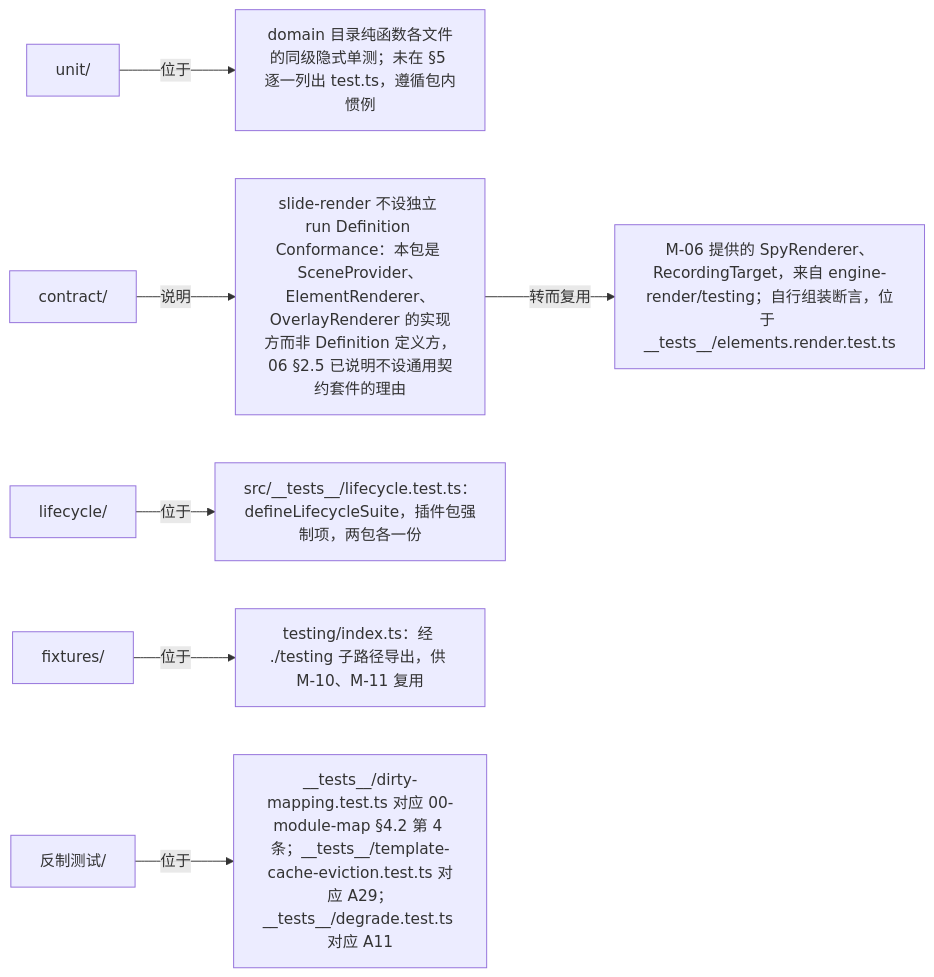
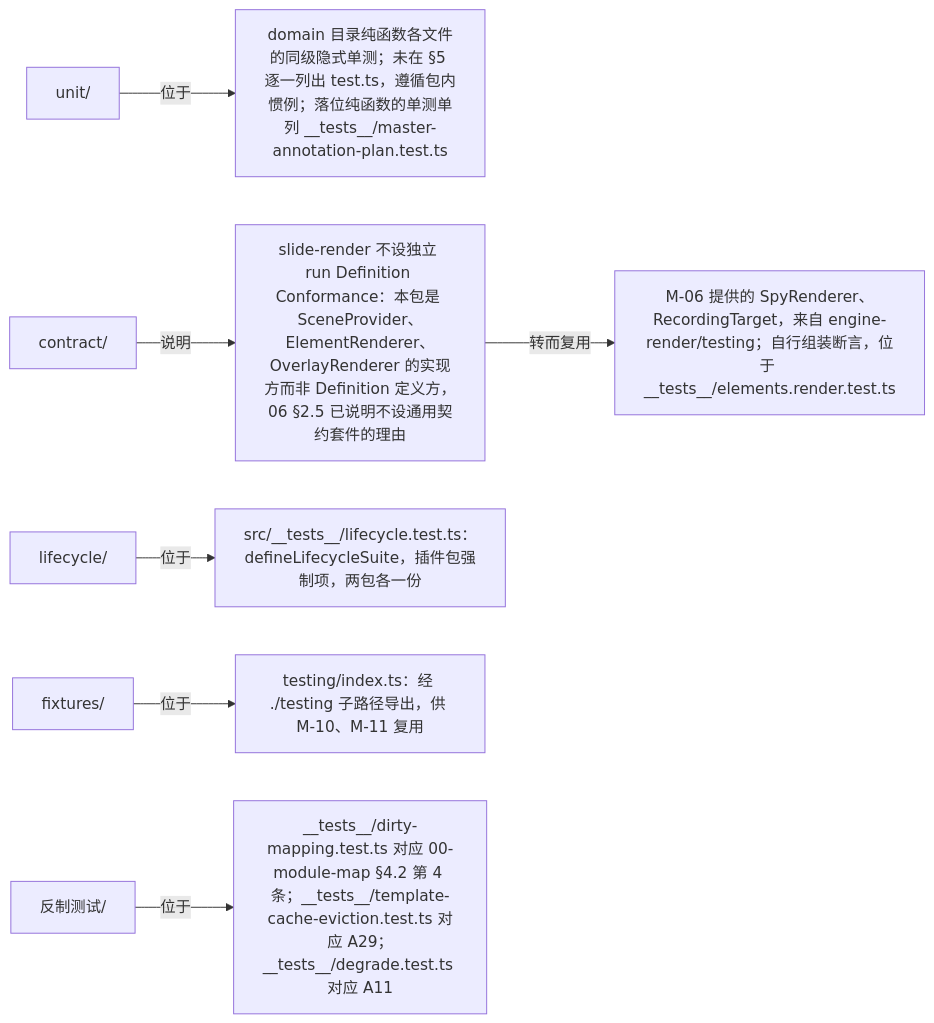
Diagram 12 of 12 in docs/40-modules/07-slide-rendering.md (Xeonice/cordis-ppt-editor), drawn with Mermaid before and after one commit. The commit also changed other lines of this file and 43 other files, not shown here.

````diff
--- a/docs/40-modules/07-slide-rendering.md
+++ b/docs/40-modules/07-slide-rendering.md
@@ -993,9 +1003,9 @@
 ```mermaid
 flowchart LR
-    unit["unit/"] -- "位于" --> unitFiles["domain 目录纯函数各文件的同级隐式单测；未在 §5 逐一列出 test.ts，遵循包内惯例"]
+    unit["unit/"] -- "位于" --> unitFiles["domain 目录纯函数各文件的同级隐式单测；未在 §5 逐一列出 test.ts，遵循包内惯例；落位纯函数的单测单列 __tests__/master-annotation-plan.test.ts"]
     contract["contract/"] -- "说明" --> contractNote["slide-render 不设独立 run Definition Conformance：本包是 SceneProvider、ElementRenderer、OverlayRenderer 的实现方而非 Definition 定义方，06 §2.5 已说明不设通用契约套件的理由"]
     contractNote -- "转而复用" --> contractFiles["M-06 提供的 SpyRenderer、RecordingTarget，来自 engine-render/testing；自行组装断言，位于 __tests__/elements.render.test.ts"]
     lifecycle["lifecycle/"] -- "位于" --> lifecycleFiles["src/__tests__/lifecycle.test.ts：defineLifecycleSuite，插件包强制项，两包各一份"]
     fixtures["fixtures/"] -- "位于" --> fixturesFiles["testing/index.ts：经 ./testing 子路径导出，供 M-10、M-11 复用"]
     counterTest["反制测试/"] -- "位于" --> counterFiles["__tests__/dirty-mapping.test.ts 对应 00-module-map §4.2 第 4 条；__tests__/template-cache-eviction.test.ts 对应 A29；__tests__/degrade.test.ts 对应 A11"]
 ```
````
